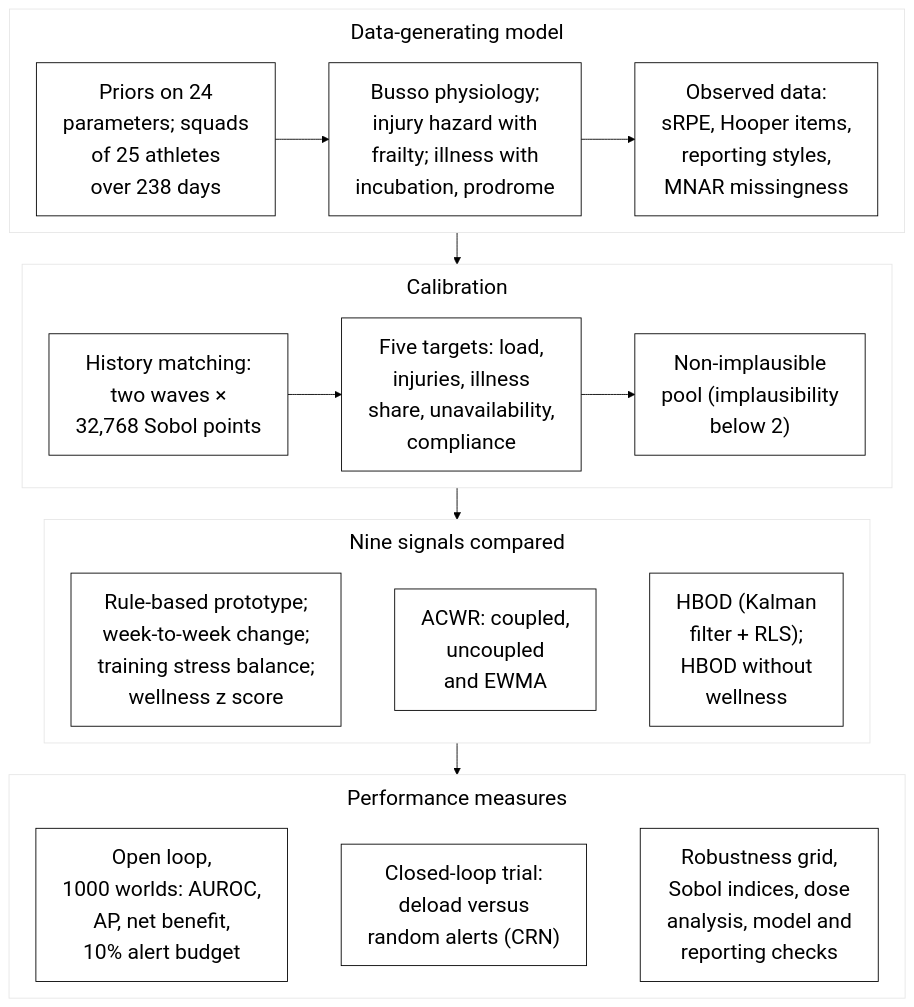
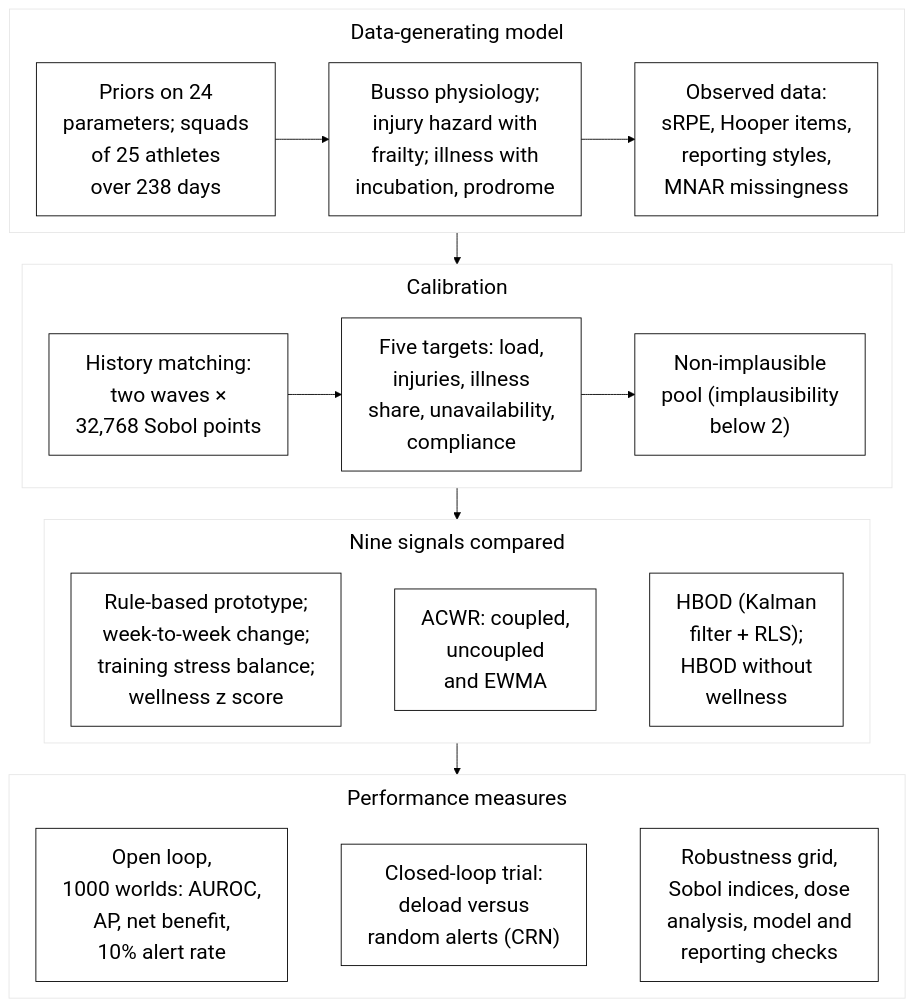
Before and after one commit to sabri0/HBOD: the diagram in simulation/figures/fig1.mmd, drawn with Mermaid. The commit also changed 21 other files, not shown here.

```diff
--- a/simulation/figures/fig1.mmd
+++ b/simulation/figures/fig1.mmd
@@ -1,31 +1,31 @@
 %%{init: {"theme":"base","themeVariables":{"fontFamily":"Arial","fontSize":"24px","primaryColor":"#ffffff","primaryBorderColor":"#000000","lineColor":"#000000","primaryTextColor":"#000000"},"flowchart":{"wrappingWidth":250,"nodeSpacing":18,"rankSpacing":36,"subGraphTitleMargin":{"top":8,"bottom":34}}}}%%
 flowchart TB
   subgraph A["Data-generating model"]
     direction LR
     A1["Priors on 24<br/>parameters; squads<br/>of 25 athletes<br/>over 238 days"]
     A2["Busso physiology;<br/>injury hazard with<br/>frailty; illness with<br/>incubation, prodrome"]
     A3["Observed data:<br/>sRPE, Hooper items,<br/>reporting styles,<br/>MNAR missingness"]
     A1 --> A2 --> A3
   end
   subgraph B["Calibration"]
     direction LR
     B1["History matching:<br/>two waves ×<br/>32,768 Sobol points"]
     B2["Five targets: load,<br/>injuries, illness<br/>share, unavailability,<br/>compliance"]
     B3["Non-implausible<br/>pool (implausibility<br/>below 2)"]
     B1 --> B2 --> B3
   end
   subgraph C["Nine signals compared"]
     direction LR
     C1["Rule-based prototype;<br/>week-to-week change;<br/>training stress balance;<br/>wellness z score"]
     C2["ACWR: coupled,<br/>uncoupled<br/>and EWMA"]
     C3["HBOD (Kalman<br/>filter + RLS);<br/>HBOD without<br/>wellness"]
     C1 ~~~ C2 ~~~ C3
   end
   subgraph D["Performance measures"]
     direction LR
-    D1["Open loop,<br/>1000 worlds: AUROC,<br/>AP, net benefit,<br/>10% alert budget"]
+    D1["Open loop,<br/>1000 worlds: AUROC,<br/>AP, net benefit,<br/>10% alert rate"]
     D2["Closed-loop trial:<br/>deload versus<br/>random alerts (CRN)"]
     D3["Robustness grid,<br/>Sobol indices, dose<br/>analysis, model and<br/>reporting checks"]
     D1 ~~~ D2 ~~~ D3
   end
   A --> B --> C --> D
```
